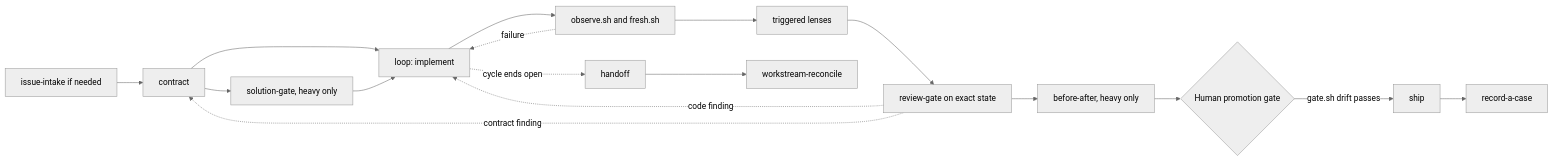
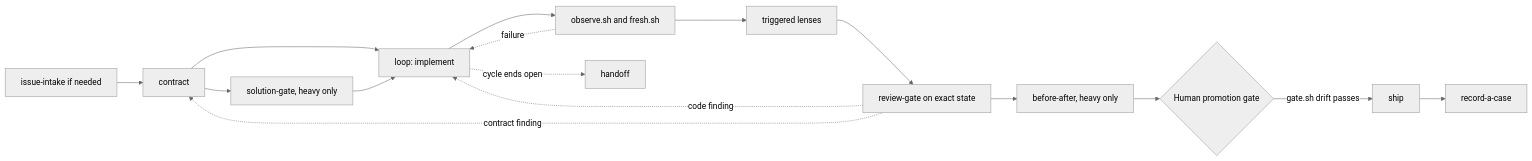
The diagram in README.md (Railly/skills), drawn with Mermaid (neutral theme) before and after one commit. The commit also changed other lines of this file and 32 other files, not shown here.

````diff
--- a/README.md
+++ b/README.md
@@ -109,19 +77,18 @@
 ```mermaid
 flowchart LR
   Select[issue-intake if needed] --> Contract[contract]
   Contract --> Shape[solution-gate, heavy only]
   Contract --> Implement
   Shape --> Implement[loop: implement]
   Implement --> Observe[observe.sh and fresh.sh]
   Observe --> Lenses[triggered lenses]
   Lenses --> Review[review-gate on exact state]
   Review --> Show[before-after, heavy only]
   Show --> HumanP{Human promotion gate}
   HumanP -->|gate.sh drift passes| Deliver[ship]
   Deliver --> Case[record-a-case]
   Observe -.failure.-> Implement
   Review -.code finding.-> Implement
   Review -.contract finding.-> Contract
   Implement -.cycle ends open.-> Handoff[handoff]
-  Handoff --> Reconcile[workstream-reconcile]
 ```
````
